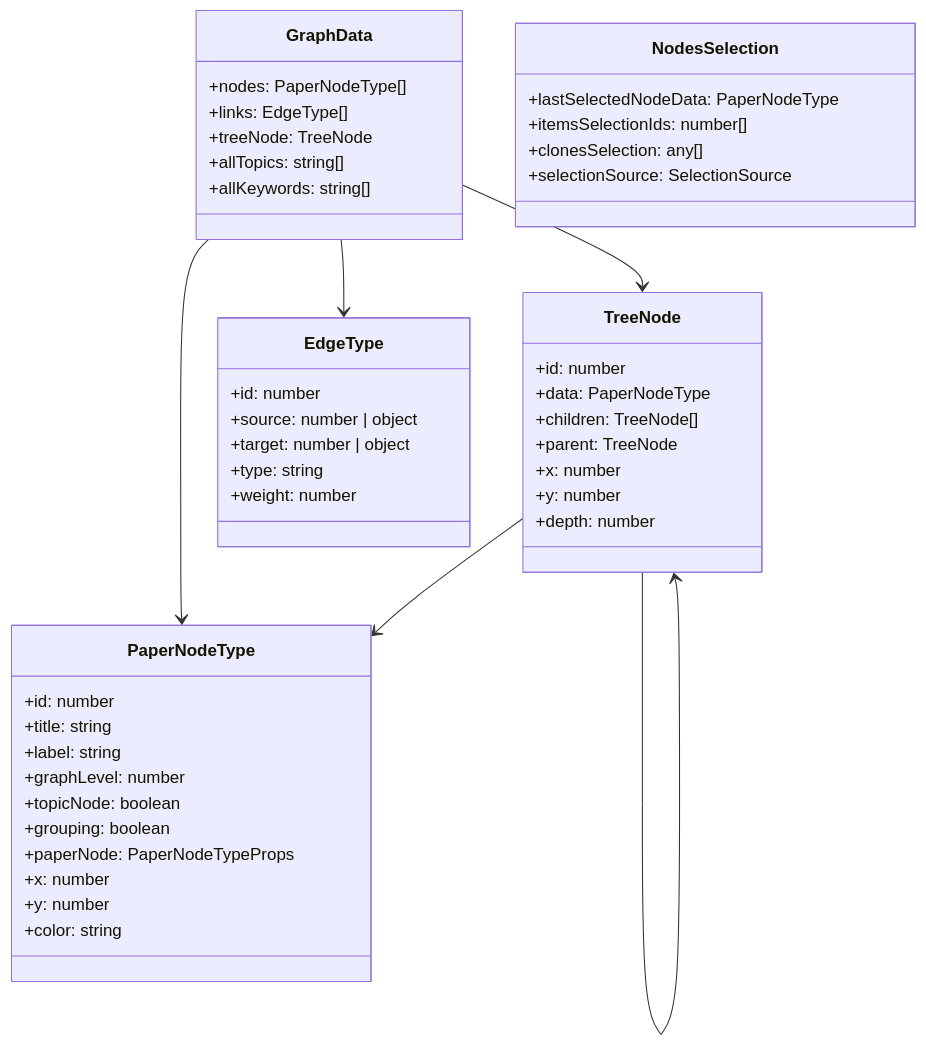
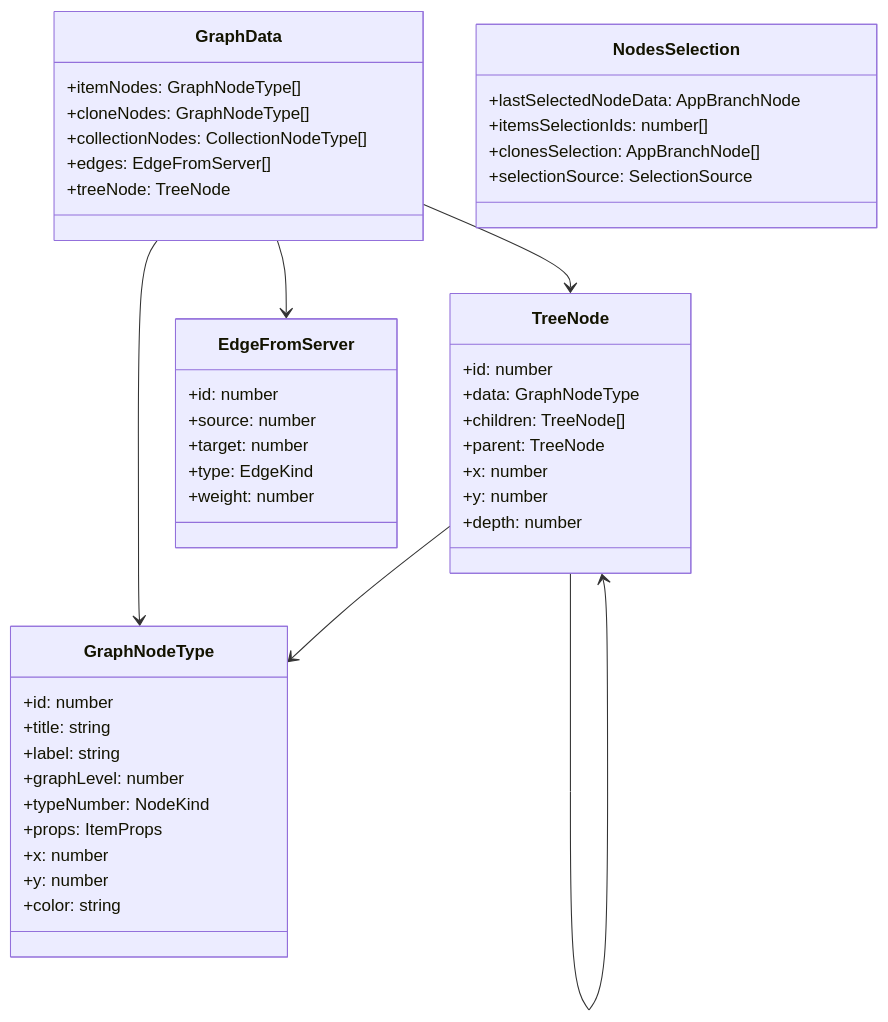
Before and after one commit to AstraZeneca/ontoverse-app: the tenth of 11 diagrams in ARCHITECTURE_DIAGRAMS.md, drawn with Mermaid. The commit also changed other lines of this file and 13 other files, not shown here.

````diff
--- a/ARCHITECTURE_DIAGRAMS.md
+++ b/ARCHITECTURE_DIAGRAMS.md
@@ -475,54 +475,53 @@
 ```mermaid
 classDiagram
     class GraphData {
-        +nodes: PaperNodeType[]
-        +links: EdgeType[]
+        +itemNodes: GraphNodeType[]
+        +cloneNodes: GraphNodeType[]
+        +collectionNodes: CollectionNodeType[]
+        +edges: EdgeFromServer[]
         +treeNode: TreeNode
-        +allTopics: string[]
-        +allKeywords: string[]
     }
     
-    class PaperNodeType {
+    class GraphNodeType {
         +id: number
         +title: string
         +label: string
         +graphLevel: number
-        +topicNode: boolean
-        +grouping: boolean
-        +paperNode: PaperNodeTypeProps
+        +typeNumber: NodeKind
+        +props: ItemProps
         +x: number
         +y: number
         +color: string
     }
     
     class TreeNode {
         +id: number
-        +data: PaperNodeType
+        +data: GraphNodeType
         +children: TreeNode[]
         +parent: TreeNode
         +x: number
         +y: number
         +depth: number
     }
     
-    class EdgeType {
+    class EdgeFromServer {
         +id: number
-        +source: number | object
-        +target: number | object
-        +type: string
+        +source: number
+        +target: number
+        +type: EdgeKind
         +weight: number
     }
     
     class NodesSelection {
-        +lastSelectedNodeData: PaperNodeType
+        +lastSelectedNodeData: AppBranchNode
         +itemsSelectionIds: number[]
-        +clonesSelection: any[]
+        +clonesSelection: AppBranchNode[]
         +selectionSource: SelectionSource
     }
     
-    GraphData --> PaperNodeType
-    GraphData --> EdgeType
+    GraphData --> GraphNodeType
+    GraphData --> EdgeFromServer
     GraphData --> TreeNode
-    TreeNode --> PaperNodeType
+    TreeNode --> GraphNodeType
     TreeNode --> TreeNode
 ```
````
